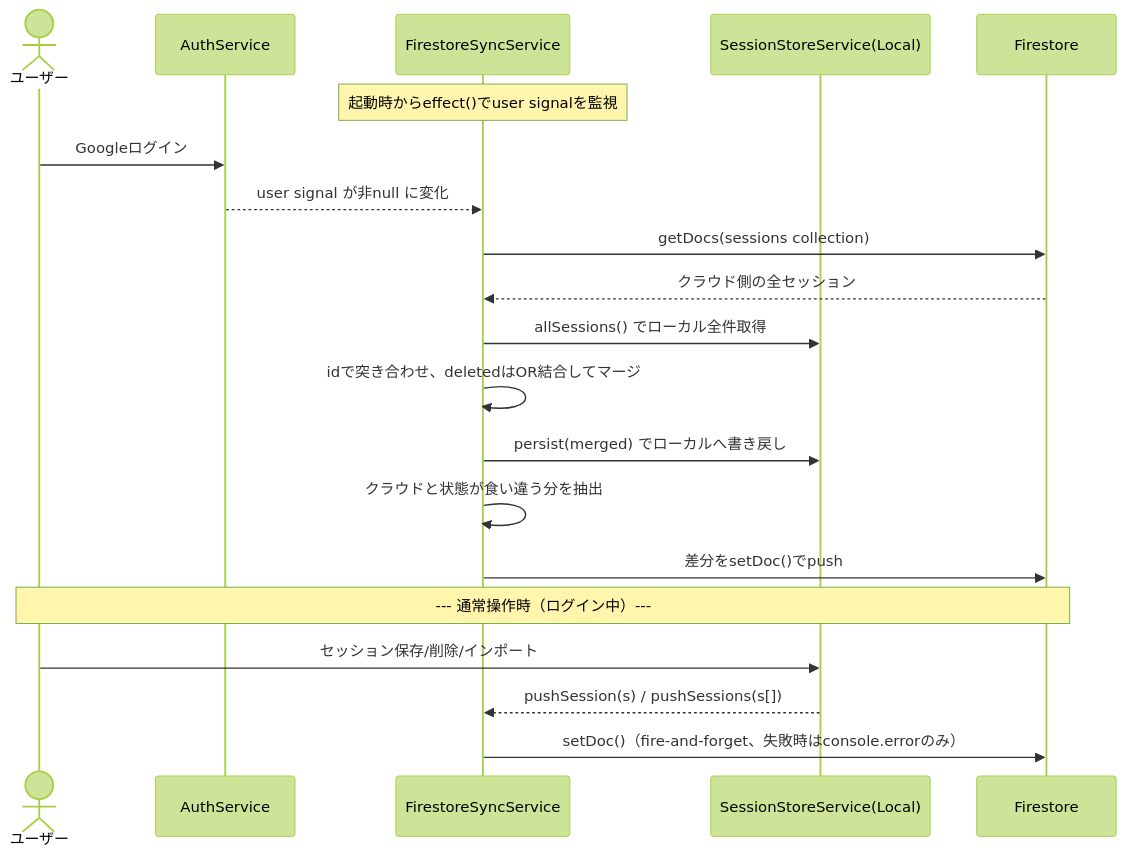
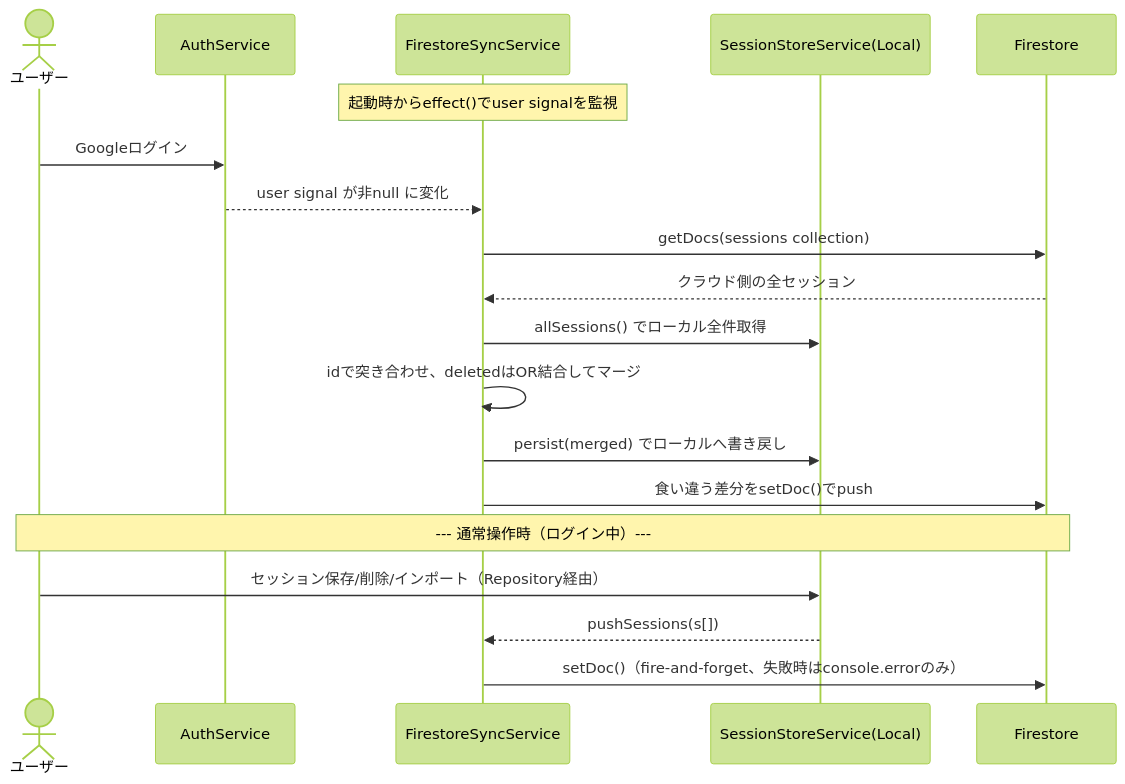
One commit to rmatsuo-jp/eibun-lab changed the sixth of 10 diagrams in ARCHITECTURE.md. Above: the diagram before and after it, drawn with Mermaid (forest theme). The commit also changed other lines of this file and 82 other files, not shown here.

````diff
--- a/ARCHITECTURE.md
+++ b/ARCHITECTURE.md
@@ -134,25 +151,24 @@
 ```mermaid
 sequenceDiagram
     actor User as ユーザー
     participant Auth as AuthService
     participant FS as FirestoreSyncService
     participant Local as SessionStoreService(Local)
     participant Cloud as Firestore
 
     Note over FS: 起動時からeffect()でuser signalを監視
 
     User->>Auth: Googleログイン
     Auth-->>FS: user signal が非null に変化
     FS->>Cloud: getDocs(sessions collection)
     Cloud-->>FS: クラウド側の全セッション
     FS->>Local: allSessions() でローカル全件取得
     FS->>FS: idで突き合わせ、deletedはOR結合してマージ
     FS->>Local: persist(merged) でローカルへ書き戻し
-    FS->>FS: クラウドと状態が食い違う分を抽出
-    FS->>Cloud: 差分をsetDoc()でpush
+    FS->>Cloud: 食い違う差分をsetDoc()でpush
 
     Note over User,Cloud: --- 通常操作時（ログイン中）---
-    User->>Local: セッション保存/削除/インポート
-    Local-->>FS: pushSession(s) / pushSessions(s[])
+    User->>Local: セッション保存/削除/インポート（Repository経由）
+    Local-->>FS: pushSessions(s[])
     FS->>Cloud: setDoc()（fire-and-forget、失敗時はconsole.errorのみ）
 ```
````
